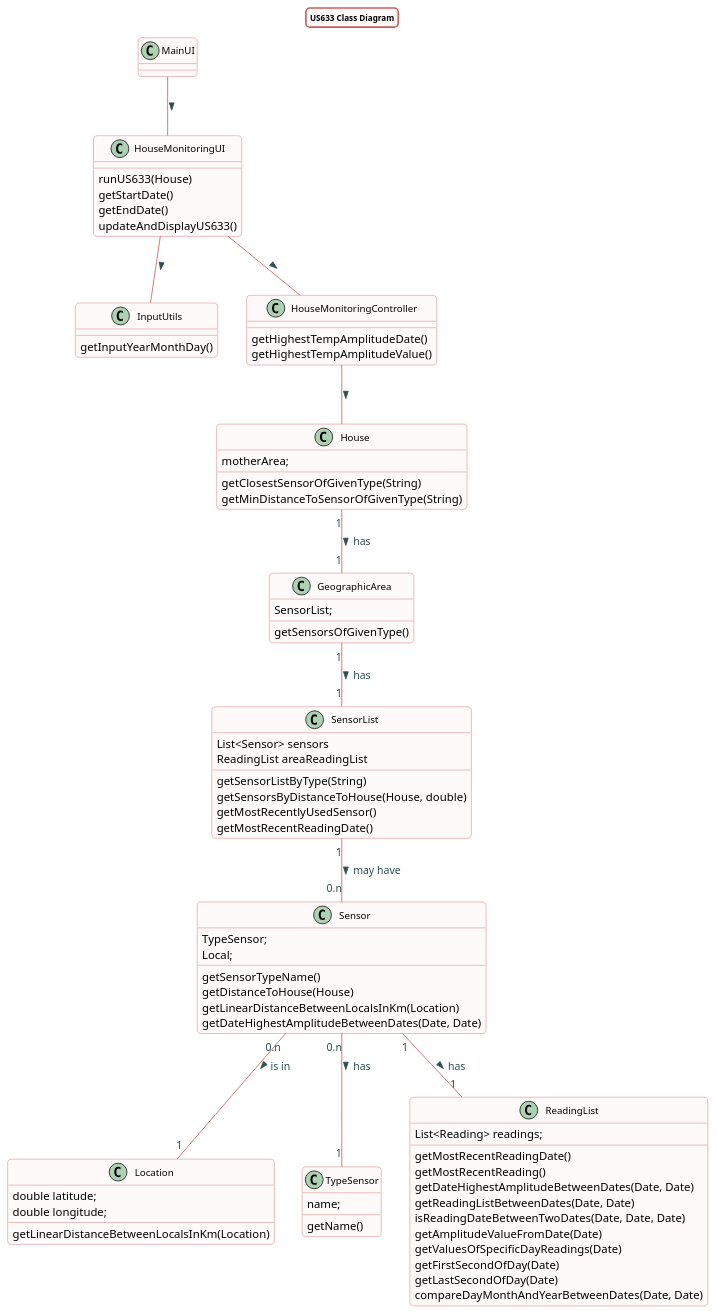
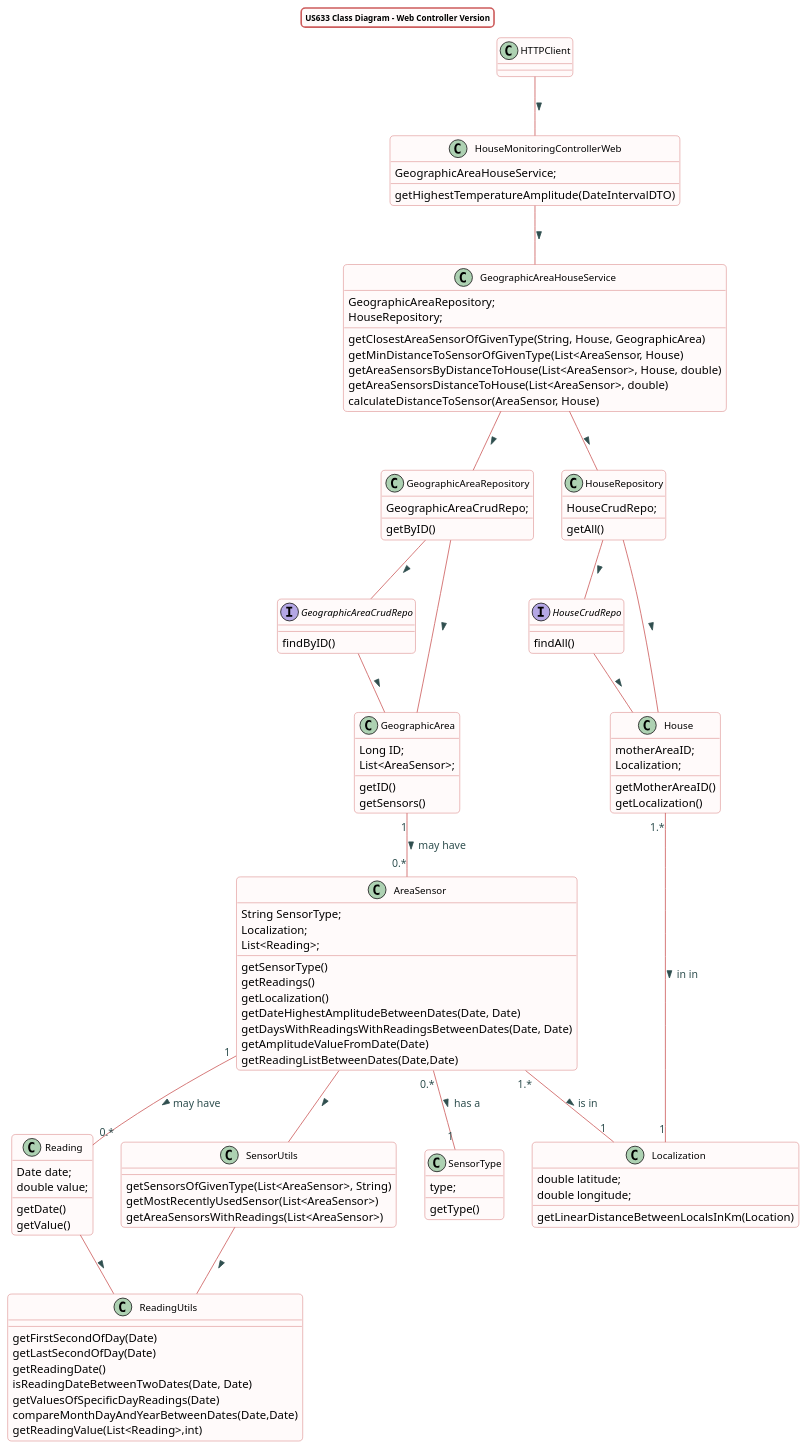
Before and after one commit to Almadanmp/project: the diagram in src/doc/WEB_Controllers/HouseMonitoring/US633/US633_cd_HouseMonitoring.puml, drawn with PlantUML. The commit also changed 26 other files, not shown here.

Commit message:
REF #372 Adds Class Diagram and Updates Sequence Diagram Renamed a few methods Removed unused annotations from test classes

```diff
--- a/src/doc/WEB_Controllers/HouseMonitoring/US633/US633_cd_HouseMonitoring.puml
+++ b/src/doc/WEB_Controllers/HouseMonitoring/US633/US633_cd_HouseMonitoring.puml
@@ -1,118 +1,142 @@
 @startuml
-title US633 Class Diagram
+title US633 Class Diagram - Web Controller Version
 
 skinparam titleBorderRoundCorner 10
 skinparam titleBorderThickness 2
 skinparam titleBorderColor indianred
 skinparam titleBackgroundColor Snow
 skinparam FontName quicksand
 skinparam titleFontSize 10
 skinparam roundcorner 10
 
 
 skinparam class {
-  BorderColor indianred
-  BackgroundColor indianred
-  BackgroundColor Snow
-   roundcorner 10
-   ArrowFontName Verdana
-   ArrowColor indianred
-   ArrowFontColor darkslategrey
-   FontSize 12
-}
-
-class House
-MainUI -- HouseMonitoringUI : >
-HouseMonitoringUI -- InputUtils : >
-HouseMonitoringUI -- HouseMonitoringController : >
-HouseMonitoringController -- House : >
-House "1" -- "1" GeographicArea : has >
-GeographicArea "1" -- "1" SensorList : has >
-SensorList"1" -- "0.n" Sensor : may have >
-Sensor "0.n" -- "1" Location: is in >
-Sensor "0.n" -- "1" TypeSensor: has >
-Sensor "1" -- "1" ReadingList: has >
-
-
-class HouseMonitoringUI {
-runUS633(House)
-getStartDate()
-getEndDate()
-updateAndDisplayUS633()
-}
-
-class InputUtils{
-getInputYearMonthDay()
-}
-
-class HouseMonitoringController {
-getHighestTempAmplitudeDate()
-getHighestTempAmplitudeValue()
-}
-
-class House{
-motherArea;
-
-getClosestSensorOfGivenType(String)
-getMinDistanceToSensorOfGivenType(String)
-}
-
-class GeographicArea{
-SensorList;
-
-getSensorsOfGivenType()
-}
-
-class SensorList{
-List<Sensor> sensors
-ReadingList areaReadingList
-
-getSensorListByType(String)
-getSensorsByDistanceToHouse(House, double)
-getMostRecentlyUsedSensor()
-getMostRecentReadingDate()
-}
-
-class Sensor{
-TypeSensor;
-Local;
-
-getSensorTypeName()
-getDistanceToHouse(House)
-getLinearDistanceBetweenLocalsInKm(Location)
-getDateHighestAmplitudeBetweenDates(Date, Date)
-}
-
-class TypeSensor{
-name;
-
-getName()
+ BorderColor indianred
+ BackgroundColor indianred
+ BackgroundColor Snow
+  roundcorner 10
+  ArrowFontName Verdana
+  ArrowColor indianred
+  ArrowFontColor darkslategrey
+  FontSize 12
 }
 
 
 
-class Location{
+HTTPClient -- HouseMonitoringControllerWeb : >
+HouseMonitoringControllerWeb -- GeographicAreaHouseService : >
+GeographicAreaHouseService -- GeographicAreaRepository : >
+GeographicAreaRepository -- GeographicAreaCrudRepo : >
+GeographicAreaRepository -- GeographicArea : >
+GeographicAreaCrudRepo -- GeographicArea : >
+GeographicAreaHouseService -- HouseRepository : >
+HouseRepository -- HouseCrudRepo : >
+HouseRepository -- House : >
+HouseCrudRepo -- House : >
+GeographicArea "1" -- "0.*" AreaSensor : may have >
+House"1.*" -- "1" Localization : in in >
+AreaSensor"1.*" -- "1" Localization : is in >
+AreaSensor "1" -- "0.*" Reading : may have >
+AreaSensor -- SensorUtils : >
+AreaSensor"0.*" -- "1"SensorType : has a >
+Reading -- ReadingUtils : >
+SensorUtils -- ReadingUtils : >
+
+class HouseMonitoringControllerWeb {
+GeographicAreaHouseService;
+getHighestTemperatureAmplitude(DateIntervalDTO)
+}
+
+class GeographicAreaHouseService{
+GeographicAreaRepository;
+HouseRepository;
+getClosestAreaSensorOfGivenType(String, House, GeographicArea)
+getMinDistanceToSensorOfGivenType(List<AreaSensor, House)
+getAreaSensorsByDistanceToHouse(List<AreaSensor>, House, double)
+getAreaSensorsDistanceToHouse(List<AreaSensor>, double)
+calculateDistanceToSensor(AreaSensor, House)
+}
+
+class House{
+motherAreaID;
+Localization;
+getMotherAreaID()
+getLocalization()
+}
+
+class GeographicArea{
+Long ID;
+List<AreaSensor>;
+getID()
+getSensors()
+}
+
+class SensorUtils{
+getSensorsOfGivenType(List<AreaSensor>, String)
+getMostRecentlyUsedSensor(List<AreaSensor>)
+getAreaSensorsWithReadings(List<AreaSensor>)
+}
+
+class AreaSensor{
+String SensorType;
+Localization;
+List<Reading>;
+getSensorType()
+getReadings()
+getLocalization()
+getDateHighestAmplitudeBetweenDates(Date, Date)
+getDaysWithReadingsWithReadingsBetweenDates(Date, Date)
+getAmplitudeValueFromDate(Date)
+getReadingListBetweenDates(Date,Date)
+}
+
+class SensorType{
+type;
+getType()
+}
+
+class Localization{
 double latitude;
 double longitude;
-
 getLinearDistanceBetweenLocalsInKm(Location)
 }
 
-class ReadingList{
-List<Reading> readings;
-
-getMostRecentReadingDate()
-getMostRecentReading()
-getDateHighestAmplitudeBetweenDates(Date, Date)
-getReadingListBetweenDates(Date, Date)
-isReadingDateBetweenTwoDates(Date, Date, Date)
-getAmplitudeValueFromDate(Date)
-getValuesOfSpecificDayReadings(Date)
+class ReadingUtils{
 getFirstSecondOfDay(Date)
 getLastSecondOfDay(Date)
-compareDayMonthAndYearBetweenDates(Date, Date)
+getReadingDate()
+isReadingDateBetweenTwoDates(Date, Date)
+getValuesOfSpecificDayReadings(Date)
+compareMonthDayAndYearBetweenDates(Date,Date)
+getReadingValue(List<Reading>,int)
+}
+
+class Reading{
+Date date;
+double value;
+getDate()
+getValue()
+}
+
+class GeographicAreaRepository{
+GeographicAreaCrudRepo;
+getByID()
+}
+
+Interface GeographicAreaCrudRepo{
+findByID()
+}
+
+class HouseRepository{
+HouseCrudRepo;
+getAll()
+}
+
+Interface HouseCrudRepo{
+findAll()
+}
 
 
-}
+
 
 @enduml
```
